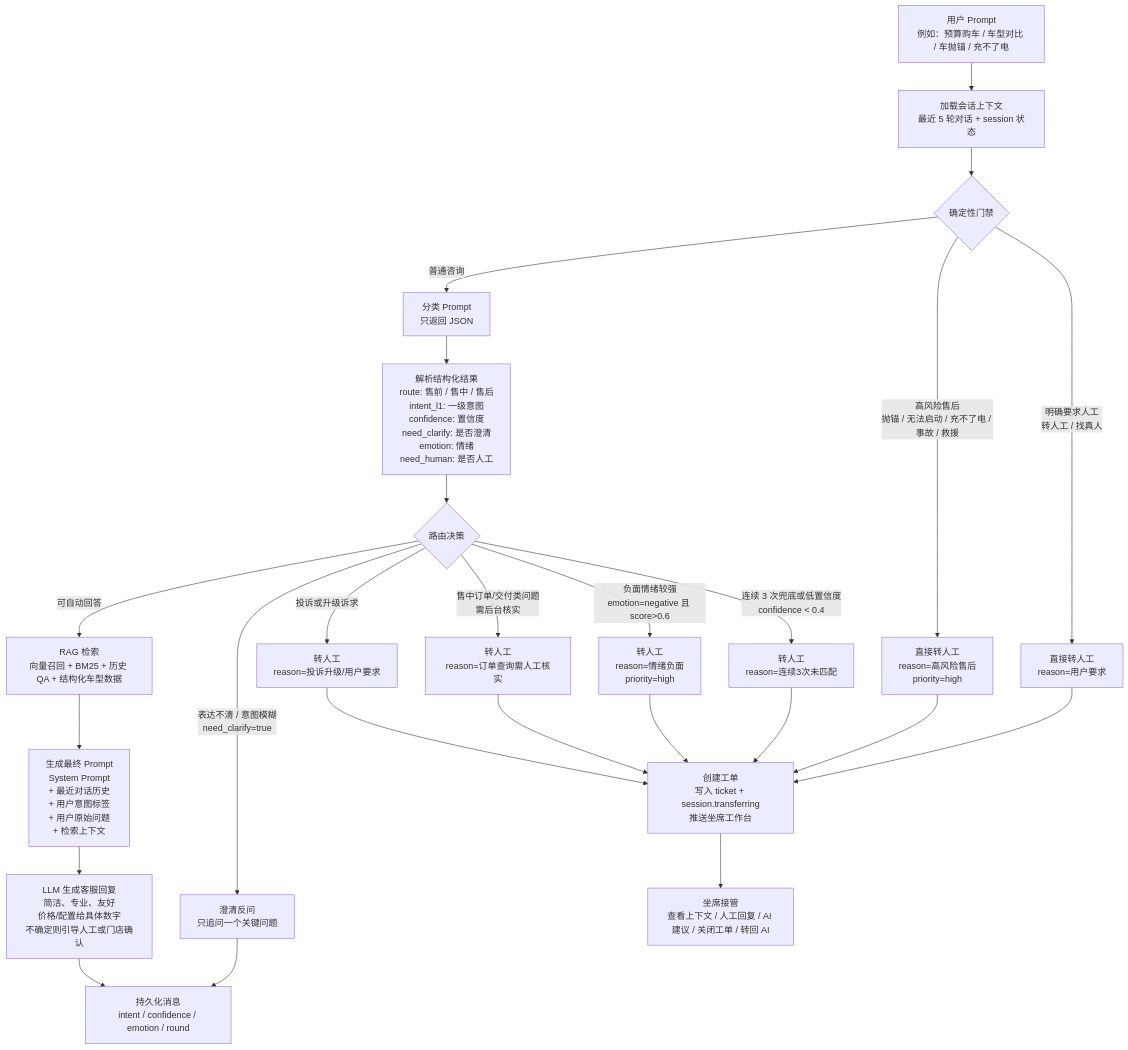
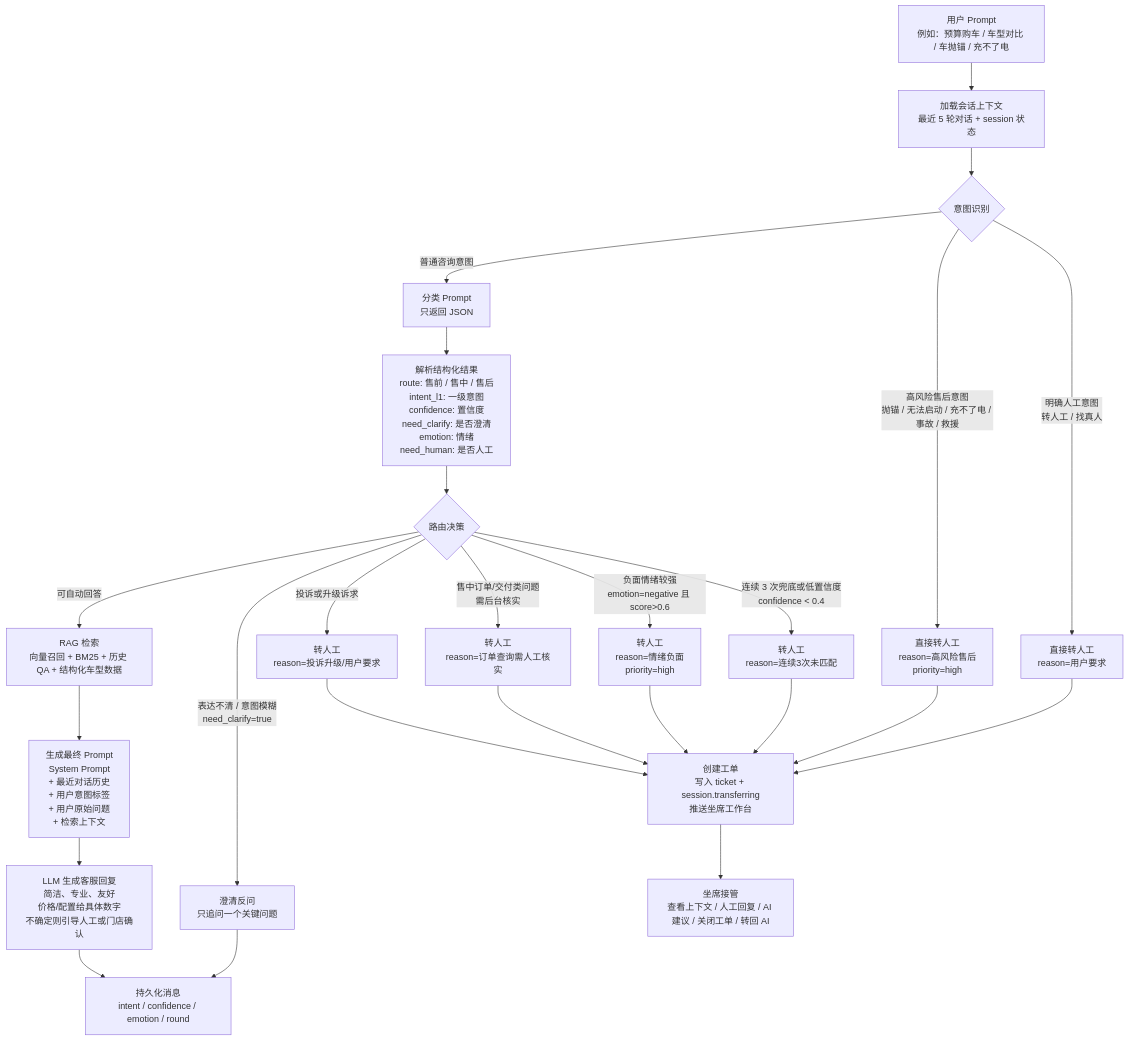
Before and after one commit to PompeiiChan/DEMO_CarIntelligentCustomerService: the second of 2 diagrams in README.md, drawn with Mermaid. The commit also changed other lines of this file and 1 other file, not shown here.

Commit message:
docs: rename prompt gate to intent recognition

````diff
--- a/README.md
+++ b/README.md
@@ -78,32 +78,32 @@
 ```mermaid
 flowchart TD
   A["用户 Prompt<br/>例如：预算购车 / 车型对比 / 车抛锚 / 充不了电"] --> B["加载会话上下文<br/>最近 5 轮对话 + session 状态"]
 
-  B --> C{"确定性门禁"}
-  C -->|"明确要求人工<br/>转人工 / 找真人"| H1["直接转人工<br/>reason=用户要求"]
-  C -->|"高风险售后<br/>抛锚 / 无法启动 / 充不了电 / 事故 / 救援"| H2["直接转人工<br/>reason=高风险售后<br/>priority=high"]
-  C -->|"普通咨询"| D["分类 Prompt<br/>只返回 JSON"]
+  B --> C{"意图识别"}
+  C -->|"明确人工意图<br/>转人工 / 找真人"| H1["直接转人工<br/>reason=用户要求"]
+  C -->|"高风险售后意图<br/>抛锚 / 无法启动 / 充不了电 / 事故 / 救援"| H2["直接转人工<br/>reason=高风险售后<br/>priority=high"]
+  C -->|"普通咨询意图"| D["分类 Prompt<br/>只返回 JSON"]
 
   D --> E["解析结构化结果<br/>route: 售前 / 售中 / 售后<br/>intent_l1: 一级意图<br/>confidence: 置信度<br/>need_clarify: 是否澄清<br/>emotion: 情绪<br/>need_human: 是否人工"]
 
   E --> F{"路由决策"}
   F -->|"表达不清 / 意图模糊<br/>need_clarify=true"| Q["澄清反问<br/>只追问一个关键问题"]
   F -->|"连续 3 次兜底或低置信度<br/>confidence < 0.4"| H3["转人工<br/>reason=连续3次未匹配"]
   F -->|"负面情绪较强<br/>emotion=negative 且 score>0.6"| H4["转人工<br/>reason=情绪负面<br/>priority=high"]
   F -->|"售中订单/交付类问题<br/>需后台核实"| H5["转人工<br/>reason=订单查询需人工核实"]
   F -->|"投诉或升级诉求"| H6["转人工<br/>reason=投诉升级/用户要求"]
   F -->|"可自动回答"| R["RAG 检索<br/>向量召回 + BM25 + 历史 QA + 结构化车型数据"]
 
   R --> P["生成最终 Prompt<br/>System Prompt<br/>+ 最近对话历史<br/>+ 用户意图标签<br/>+ 用户原始问题<br/>+ 检索上下文"]
   P --> G["LLM 生成客服回复<br/>简洁、专业、友好<br/>价格/配置给具体数字<br/>不确定则引导人工或门店确认"]
 
   Q --> S["持久化消息<br/>intent / confidence / emotion / round"]
   G --> S
   H1 --> T["创建工单<br/>写入 ticket + session.transferring<br/>推送坐席工作台"]
   H2 --> T
   H3 --> T
   H4 --> T
   H5 --> T
   H6 --> T
   T --> U["坐席接管<br/>查看上下文 / 人工回复 / AI 建议 / 关闭工单 / 转回 AI"]
 ```
````
